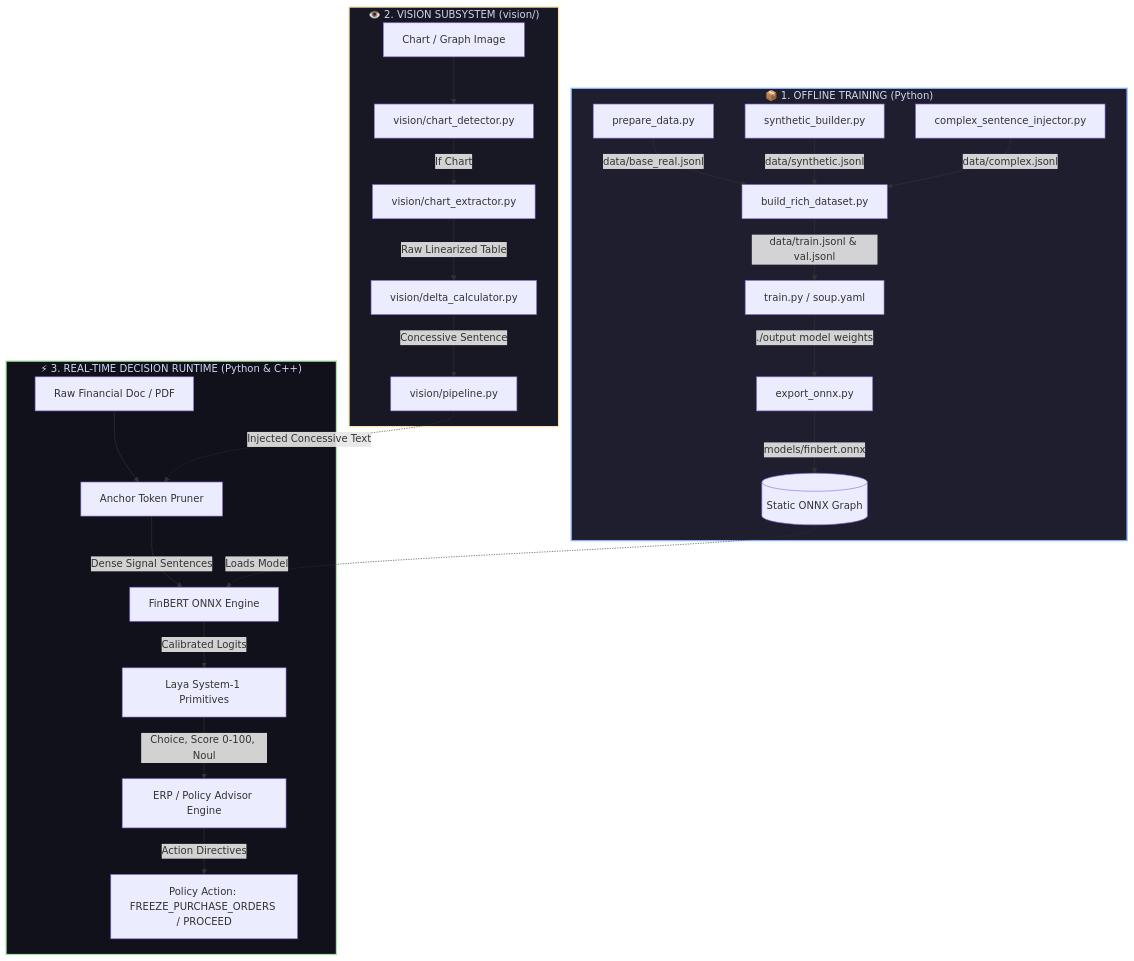
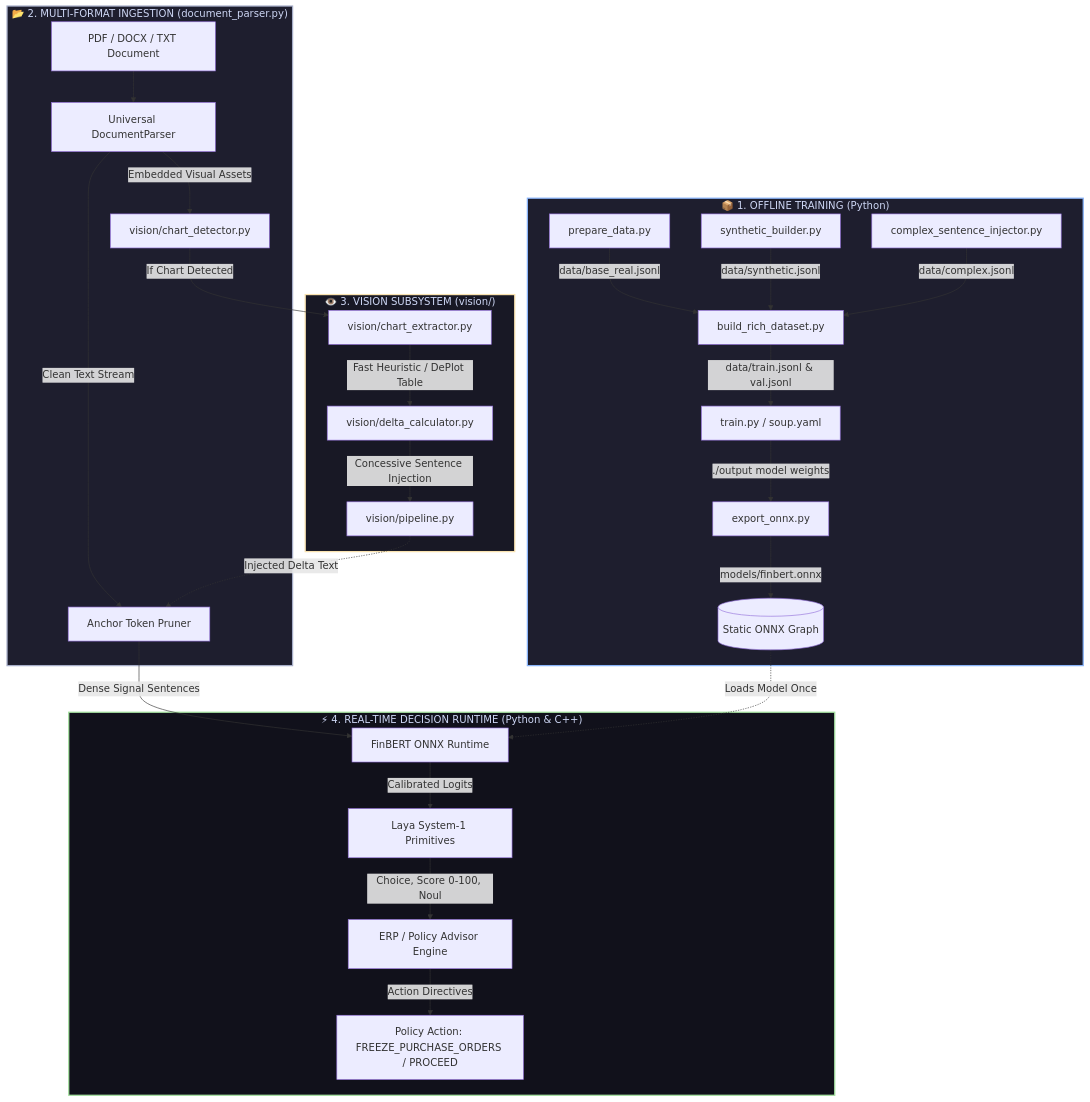
One commit to Humble-Librarian/Virdixt changed the first of 2 diagrams in ARCHITECTURE_WALKTHROUGH.md. Above: the diagram before and after it, drawn with Mermaid. The commit also changed other lines of this file, not shown here.

Commit message:
Update ARCHITECTURE_WALKTHROUGH.md with universal document ingestion, fast-path visual pipeline, and execution recipes

````diff
--- a/ARCHITECTURE_WALKTHROUGH.md
+++ b/ARCHITECTURE_WALKTHROUGH.md
@@ -12,32 +12,37 @@
 ```mermaid
 flowchart TD
     subgraph Offline_Training["📦 1. OFFLINE TRAINING (Python)"]
         D1[prepare_data.py] -->|data/base_real.jsonl| MDB[build_rich_dataset.py]
         D2[synthetic_builder.py] -->|data/synthetic.jsonl| MDB
         D3[complex_sentence_injector.py] -->|data/complex.jsonl| MDB
         MDB -->|data/train.jsonl & val.jsonl| TR[train.py / soup.yaml]
         TR -->|./output model weights| EXP[export_onnx.py]
         EXP -->|models/finbert.onnx| ONNX_OUT[(Static ONNX Graph)]
     end
 
-    subgraph Multimodal_Vision["👁️ 2. VISION SUBSYSTEM (vision/)"]
-        IMG[Chart / Graph Image] --> DET[vision/chart_detector.py]
-        DET -->|If Chart| EXT[vision/chart_extractor.py]
-        EXT -->|Raw Linearized Table| CALC[vision/delta_calculator.py]
-        CALC -->|Concessive Sentence| VP[vision/pipeline.py]
+    subgraph Document_Ingestion["📂 2. MULTI-FORMAT INGESTION (document_parser.py)"]
+        DOC[PDF / DOCX / TXT Document] --> PARSER[Universal DocumentParser]
+        PARSER -->|Clean Text Stream| PRUN[Anchor Token Pruner]
+        PARSER -->|Embedded Visual Assets| DET[vision/chart_detector.py]
     end
 
-    subgraph RealTime_Inference["⚡ 3. REAL-TIME DECISION RUNTIME (Python & C++)"]
-        DOC[Raw Financial Doc / PDF] --> PRUN[Anchor Token Pruner]
-        VP -.->|Injected Concessive Text| PRUN
-        PRUN -->|Dense Signal Sentences| BACKBONE[FinBERT ONNX Engine]
-        ONNX_OUT -.->|Loads Model| BACKBONE
+    subgraph Multimodal_Vision["👁️ 3. VISION SUBSYSTEM (vision/)"]
+        DET -->|If Chart Detected| EXT[vision/chart_extractor.py]
+        EXT -->|Fast Heuristic / DePlot Table| CALC[vision/delta_calculator.py]
+        CALC -->|Concessive Sentence Injection| VP[vision/pipeline.py]
+        VP -.->|Injected Delta Text| PRUN
+    end
+
+    subgraph RealTime_Inference["⚡ 4. REAL-TIME DECISION RUNTIME (Python & C++)"]
+        PRUN -->|Dense Signal Sentences| BACKBONE[FinBERT ONNX Runtime]
+        ONNX_OUT -.->|Loads Model Once| BACKBONE
         BACKBONE -->|Calibrated Logits| LAYA[Laya System-1 Primitives]
         LAYA -->|Choice, Score 0-100, Noul| ERP[ERP / Policy Advisor Engine]
         ERP -->|Action Directives| ACT[Policy Action: FREEZE_PURCHASE_ORDERS / PROCEED]
     end
 
     style Offline_Training fill:#1e1e2e,stroke:#89b4fa,stroke-width:2px,color:#cdd6f4
+    style Document_Ingestion fill:#1e1e2e,stroke:#a6adc8,stroke-width:2px,color:#cdd6f4
     style Multimodal_Vision fill:#181825,stroke:#f9e2af,stroke-width:2px,color:#cdd6f4
     style RealTime_Inference fill:#11111b,stroke:#a6e3a1,stroke-width:2px,color:#cdd6f4
 ```
````
